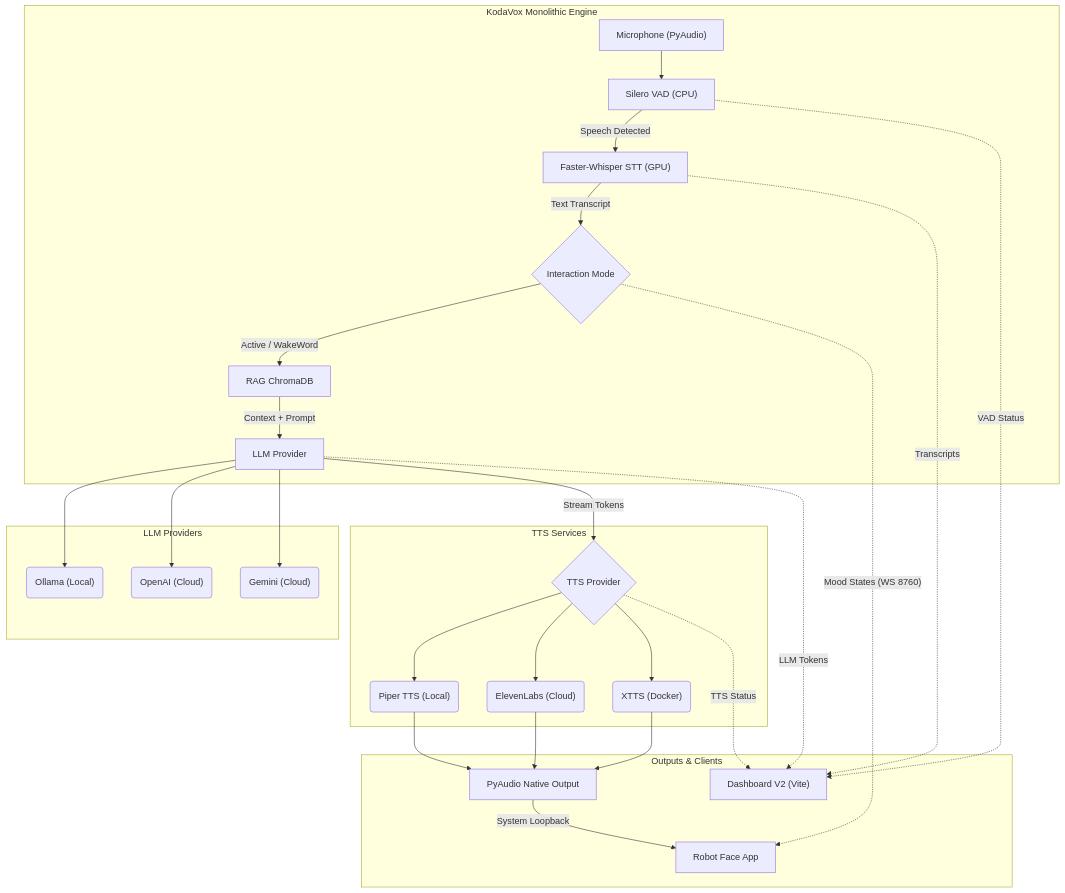
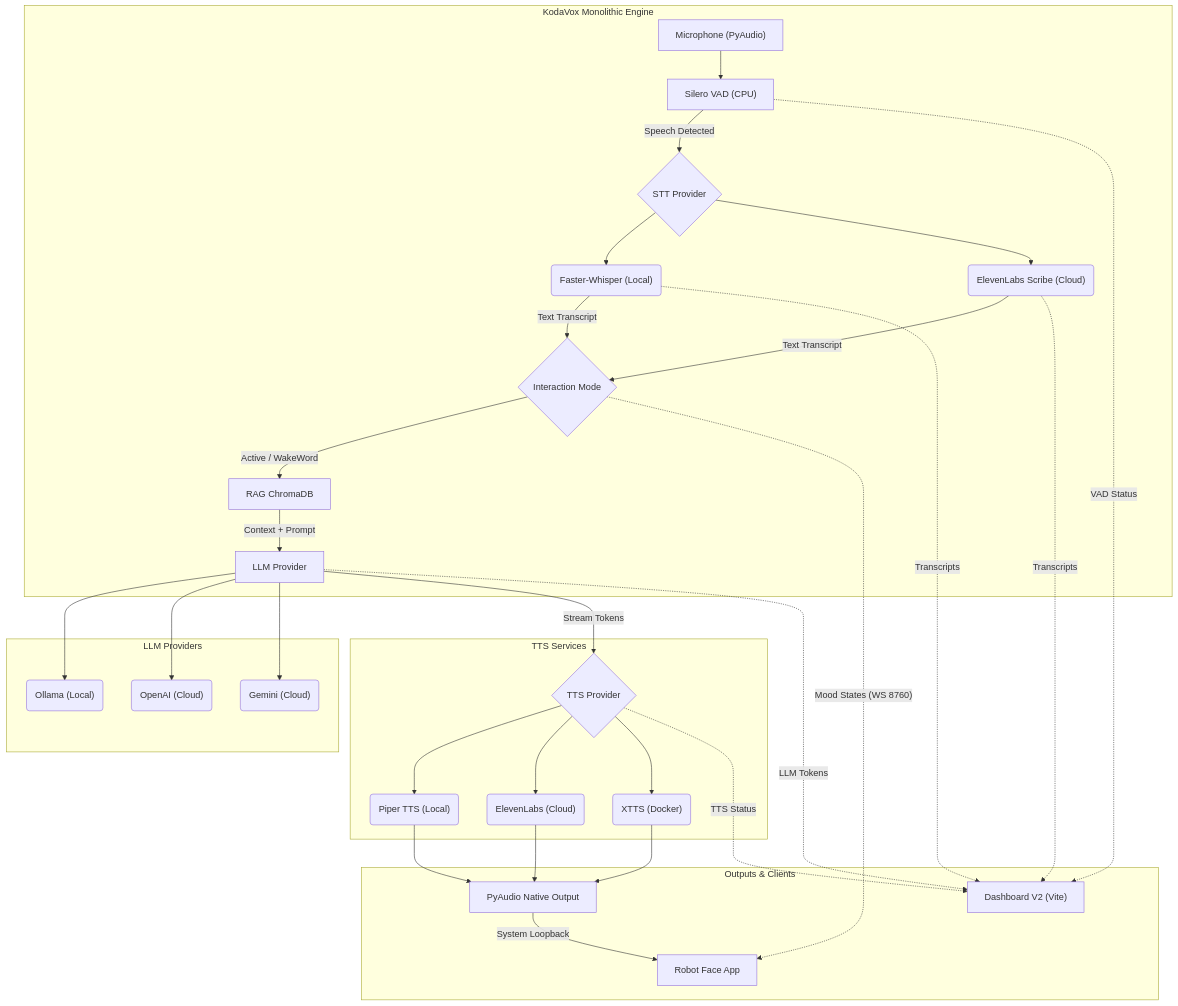
One commit to QuidamF/kodavox-V2 changed the diagram in docs/3_arquitectura_y_desarrollo.md. Above: the diagram before and after it, drawn with Mermaid. The commit also changed other lines of this file and 12 other files, not shown here.

````diff
--- a/docs/3_arquitectura_y_desarrollo.md
+++ b/docs/3_arquitectura_y_desarrollo.md
@@ -15,39 +17,43 @@
 ```mermaid
 graph TD
     subgraph KodaVox Monolithic Engine
         A["Microphone (PyAudio)"] --> B["Silero VAD (CPU)"]
-        B -- "Speech Detected" --> C["Faster-Whisper STT (GPU)"]
-        C -- "Text Transcript" --> D{"Interaction Mode"}
+        B -- "Speech Detected" --> C{"STT Provider"}
+        C --> C1("Faster-Whisper (Local)")
+        C --> C2("ElevenLabs Scribe (Cloud)")
+        C1 -- "Text Transcript" --> D{"Interaction Mode"}
+        C2 -- "Text Transcript" --> D
         D -- "Active / WakeWord" --> E["RAG ChromaDB"]
         E -- "Context + Prompt" --> F["LLM Provider"]
     end
 
     subgraph LLM Providers
         F --> F1("Ollama (Local)")
         F --> F2("OpenAI (Cloud)")
         F --> F3("Gemini (Cloud)")
     end
 
     subgraph TTS Services
         F -- "Stream Tokens" --> G{"TTS Provider"}
         G --> H("Piper TTS (Local)")
         G --> I("ElevenLabs (Cloud)")
         G --> J("XTTS (Docker)")
     end
     
     subgraph Outputs & Clients
         H --> K["PyAudio Native Output"]
         I --> K
         J --> K
         K -- "System Loopback" --> L["Robot Face App"]
         
         %% WebSockets / Telemetría
         B -. "VAD Status" .-> M["Dashboard V2 (Vite)"]
-        C -. "Transcripts" .-> M
+        C1 -. "Transcripts" .-> M
+        C2 -. "Transcripts" .-> M
         F -. "LLM Tokens" .-> M
         G -. "TTS Status" .-> M
         
         %% Robot Face Integrations
         D -. "Mood States (WS 8760)" .-> L
     end
 ```
````
